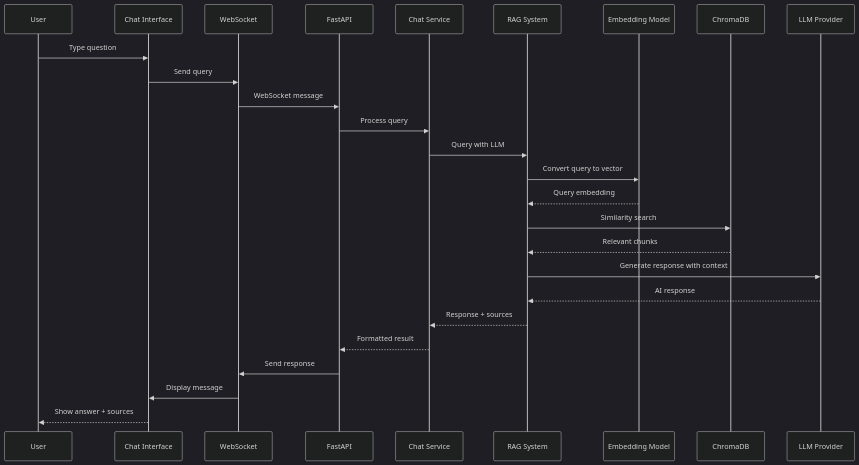
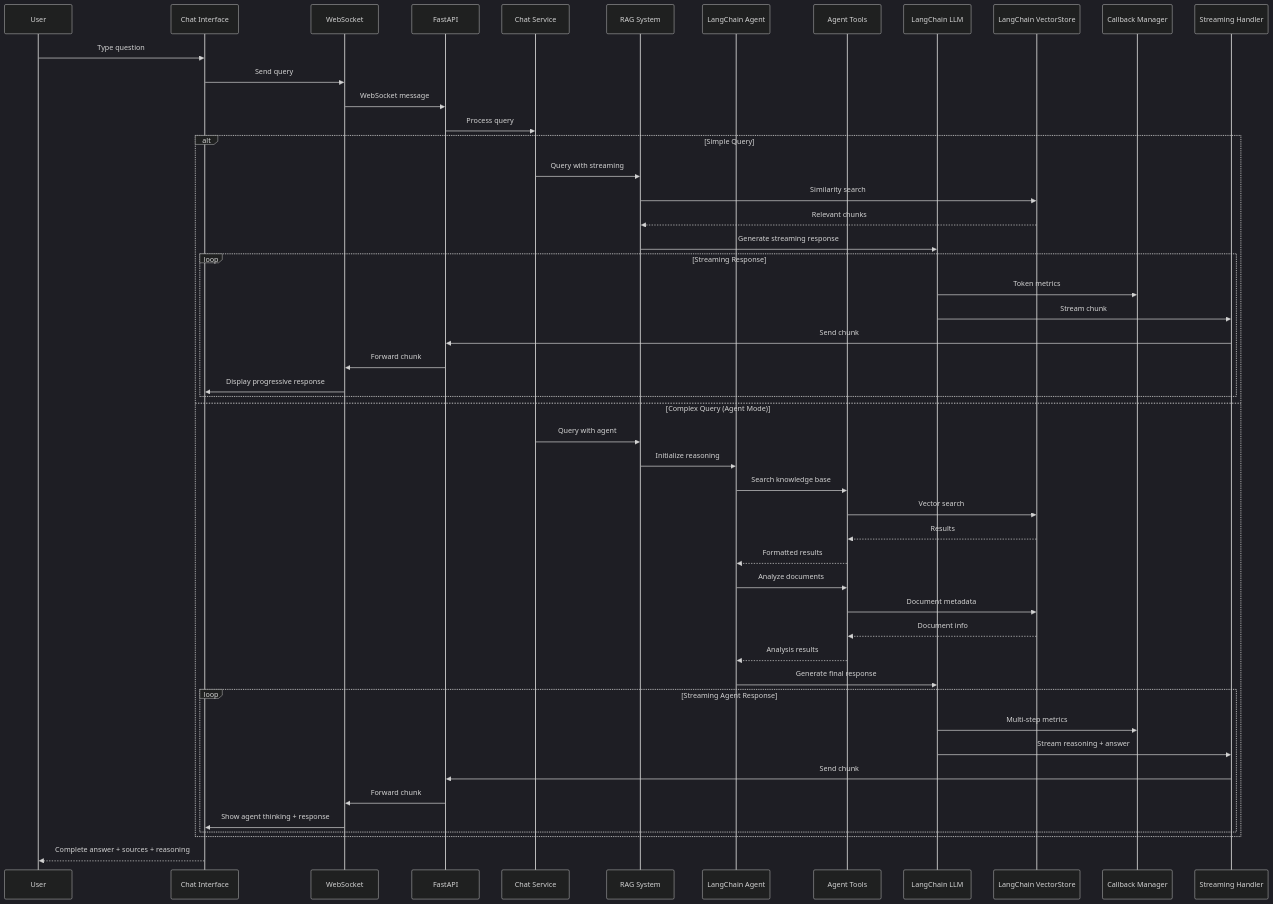
One commit to hmunjuluri05/custom-rag changed the third of 4 diagrams in README.md. Above: the diagram before and after it, drawn with Mermaid (dark theme). The commit also changed other lines of this file, not shown here.

````diff
--- a/README.md
+++ b/README.md
@@ -115,31 +152,57 @@
 ```mermaid
 sequenceDiagram
     participant User
     participant Chat as Chat Interface
     participant WS as WebSocket
     participant API as FastAPI
     participant ChatSvc as Chat Service
     participant RAG as RAG System
-    participant Emb as Embedding Model
-    participant VDB as ChromaDB
-    participant LLM as LLM Provider
+    participant Agent as LangChain Agent
+    participant Tools as Agent Tools
+    participant LC as LangChain LLM
+    participant VS as LangChain VectorStore
+    participant CB as Callback Manager
+    participant Stream as Streaming Handler
 
     User->>Chat: Type question
     Chat->>WS: Send query
     WS->>API: WebSocket message
     API->>ChatSvc: Process query
-    ChatSvc->>RAG: Query with LLM
 
-    RAG->>Emb: Convert query to vector
-    Emb-->>RAG: Query embedding
-    RAG->>VDB: Similarity search
-    VDB-->>RAG: Relevant chunks
+    alt Simple Query
+        ChatSvc->>RAG: Query with streaming
+        RAG->>VS: Similarity search
+        VS-->>RAG: Relevant chunks
+        RAG->>LC: Generate streaming response
 
-    RAG->>LLM: Generate response with context
-    LLM-->>RAG: AI response
-    RAG-->>ChatSvc: Response + sources
-    ChatSvc-->>API: Formatted result
-    API->>WS: Send response
-    WS->>Chat: Display message
-    Chat-->>User: Show answer + sources
+        loop Streaming Response
+            LC->>CB: Token metrics
+            LC->>Stream: Stream chunk
+            Stream->>API: Send chunk
+            API->>WS: Forward chunk
+            WS->>Chat: Display progressive response
+        end
+    else Complex Query (Agent Mode)
+        ChatSvc->>RAG: Query with agent
+        RAG->>Agent: Initialize reasoning
+        Agent->>Tools: Search knowledge base
+        Tools->>VS: Vector search
+        VS-->>Tools: Results
+        Tools-->>Agent: Formatted results
+        Agent->>Tools: Analyze documents
+        Tools->>VS: Document metadata
+        VS-->>Tools: Document info
+        Tools-->>Agent: Analysis results
+        Agent->>LC: Generate final response
+
+        loop Streaming Agent Response
+            LC->>CB: Multi-step metrics
+            LC->>Stream: Stream reasoning + answer
+            Stream->>API: Send chunk
+            API->>WS: Forward chunk
+            WS->>Chat: Show agent thinking + response
+        end
+    end
+
+    Chat-->>User: Complete answer + sources + reasoning
 ```
````
